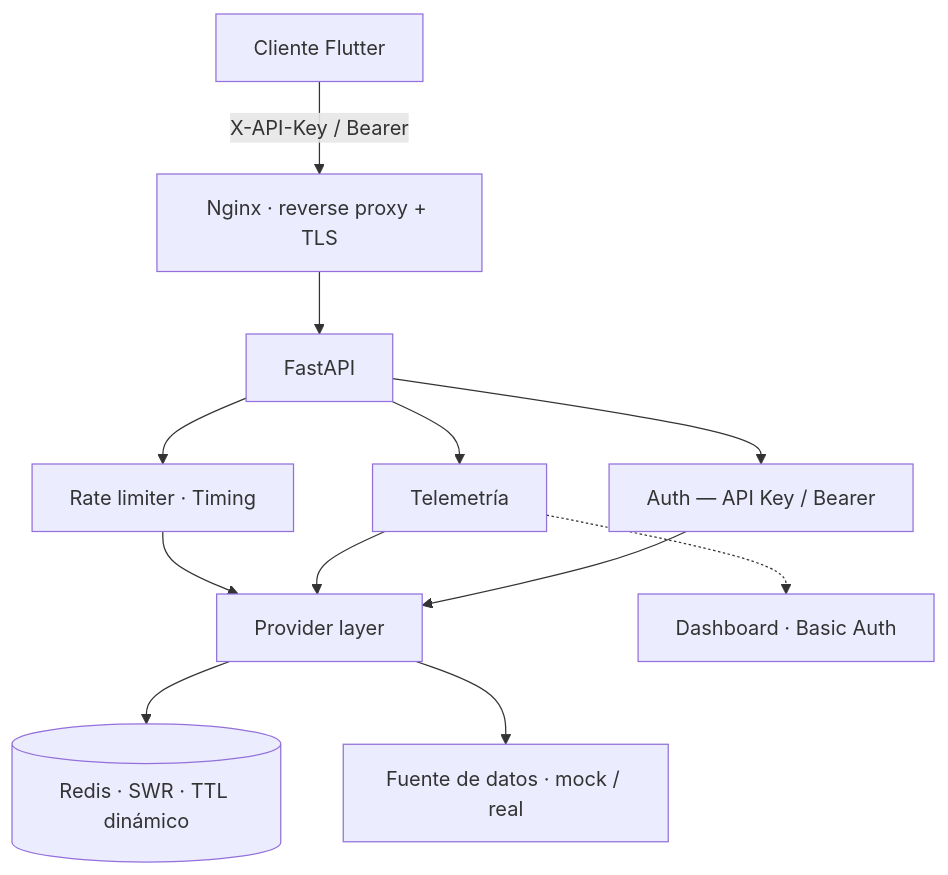
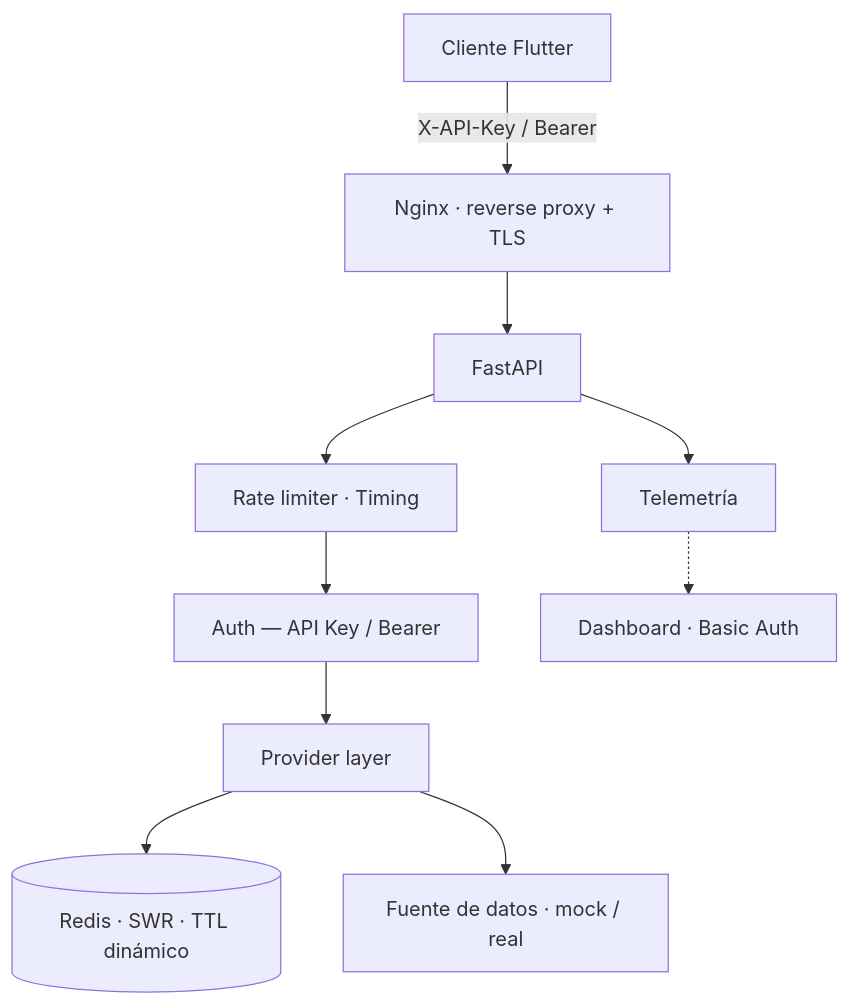
One commit to JDevLogic/streamhub-demo changed the diagram in README.md. Above: the diagram before and after it, drawn with Mermaid. The commit also changed other lines of this file, not shown here.

Commit message:
README: texto de screenshots a la izquierda y diagrama Mermaid secuencial

````diff
--- a/README.md
+++ b/README.md
@@ -89,14 +90,12 @@
 ```mermaid
 graph TD
     A["Cliente Flutter"] -->|"X-API-Key / Bearer"| B["Nginx · reverse proxy + TLS"]
     B --> C["FastAPI"]
     C --> D["Rate limiter · Timing"]
-    C --> E["Telemetría"]
-    C --> F["Auth — API Key / Bearer"]
-    D --> G["Provider layer"]
-    E --> G
-    F --> G
-    G --> H[("Redis · SWR · TTL dinámico")]
-    G --> I["Fuente de datos · mock / real"]
-    E -.-> J["Dashboard · Basic Auth"]
+    D --> E["Auth — API Key / Bearer"]
+    E --> F["Provider layer"]
+    F --> G[("Redis · SWR · TTL dinámico")]
+    F --> H["Fuente de datos · mock / real"]
+    C --> I["Telemetría"]
+    I -.-> J["Dashboard · Basic Auth"]
 ```
````
